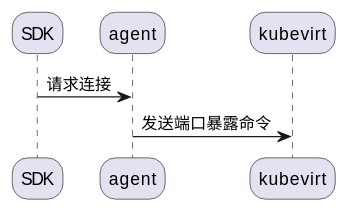
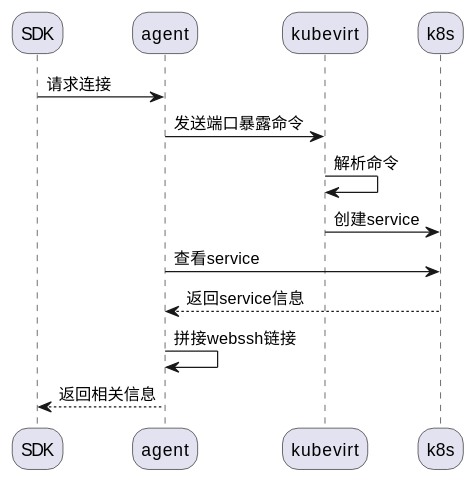
Before and after one commit to Faione/note: the second of 3 diagrams in WorkNote/Agent设计v2.2/agent设计v2.2.md, drawn with PlantUML. The commit also changed other lines of this file and 1 other file, not shown here.

Commit message:
feat[agent]: 新增kubevirt service 设计

````diff
--- a/WorkNote/Agent设计v2.2/agent设计v2.2.md
+++ b/WorkNote/Agent设计v2.2/agent设计v2.2.md
@@ -84,13 +89,21 @@
 ```plantuml
 @startuml
 skinparam roundCorner 25
 skinparam responseMessageBelowArrow true
 
 participant SDK as f1
 participant agent as f2
 participant kubevirt as f3
+participant k8s as f4
 
 f1    ->     f2  : 请求连接
 f2    ->     f3  : 发送端口暴露命令
+f3    ->     f3  : 解析命令
+f3    ->     f4  : 创建service
+f2    ->     f4  : 查看service
+f4    -->    f2  : 返回service信息
+f2    ->     f2  : 拼接webssh链接
+f2    -->    f1  : 返回相关信息
+
 @enduml
 ```
````
